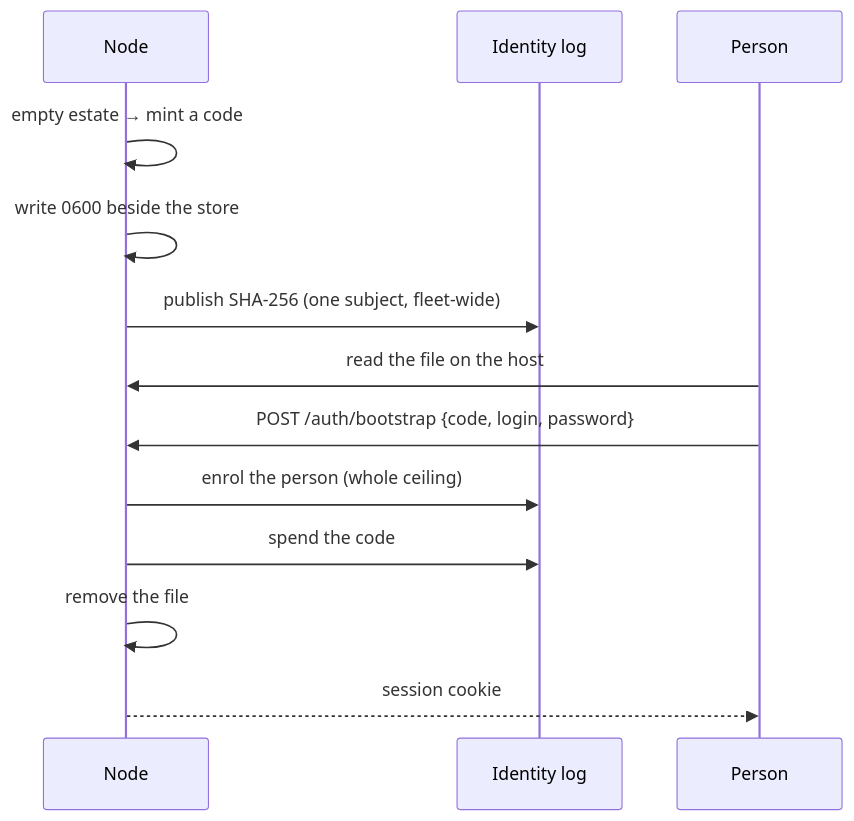
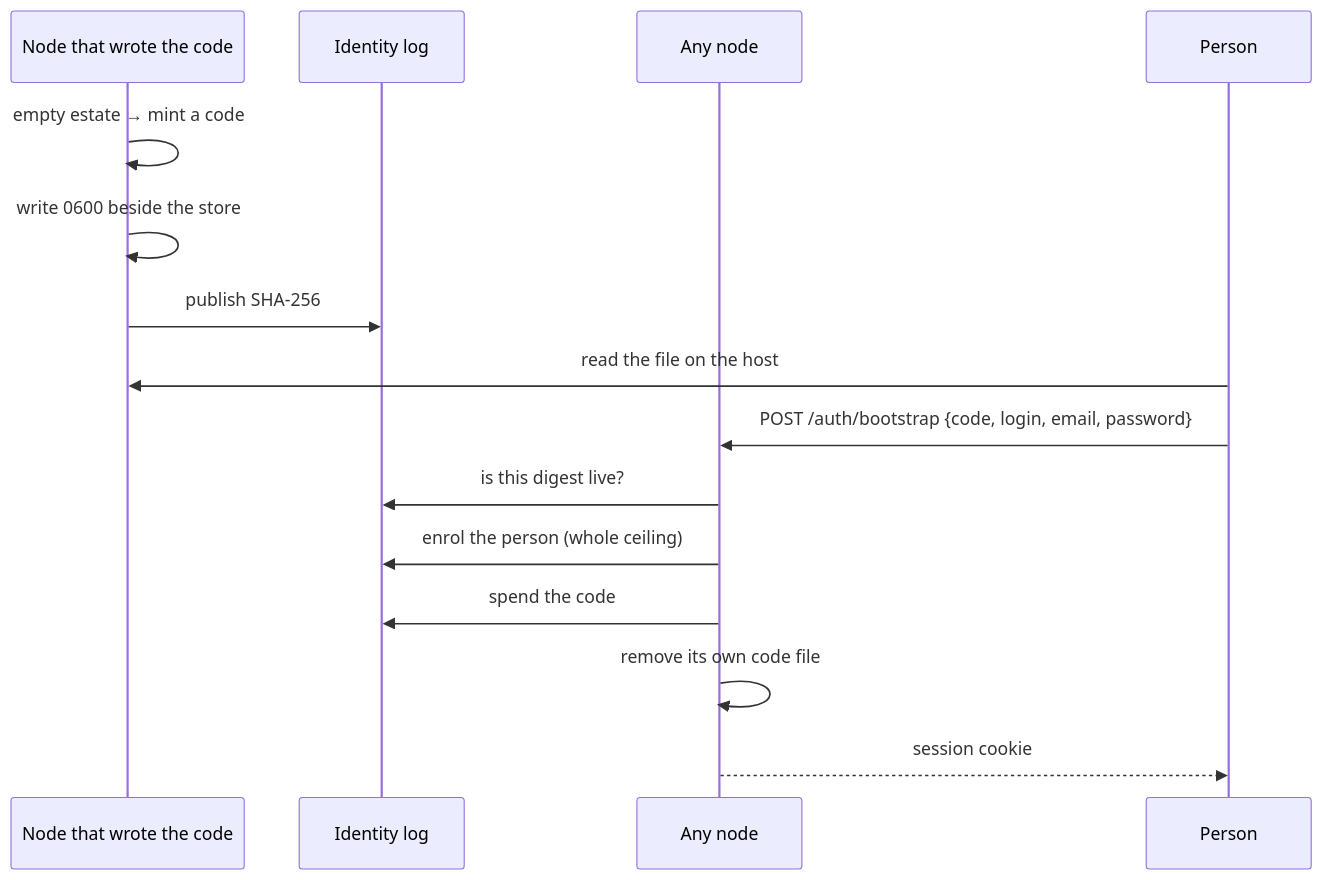
Before and after one commit to crewlet/crewlet: the second of 2 diagrams in docs/concepts/identity-and-access.md, drawn with Mermaid. The commit also changed other lines of this file and 20 other files, not shown here.

````diff
--- a/docs/concepts/identity-and-access.md
+++ b/docs/concepts/identity-and-access.md
@@ -384,15 +384,17 @@
 ```mermaid
 sequenceDiagram
-    participant Node
+    participant Node as Node that wrote the code
     participant Log as Identity log
+    participant Any as Any node
     participant Person
     Node->>Node: empty estate → mint a code
     Node->>Node: write 0600 beside the store
-    Node->>Log: publish SHA-256 (one subject, fleet-wide)
+    Node->>Log: publish SHA-256
     Person->>Node: read the file on the host
-    Person->>Node: POST /auth/bootstrap {code, login, password}
-    Node->>Log: enrol the person (whole ceiling)
-    Node->>Log: spend the code
-    Node->>Node: remove the file
-    Node-->>Person: session cookie
+    Person->>Any: POST /auth/bootstrap {code, login, email, password}
+    Any->>Log: is this digest live?
+    Any->>Log: enrol the person (whole ceiling)
+    Any->>Log: spend the code
+    Any->>Any: remove its own code file
+    Any-->>Person: session cookie
 ```
````
